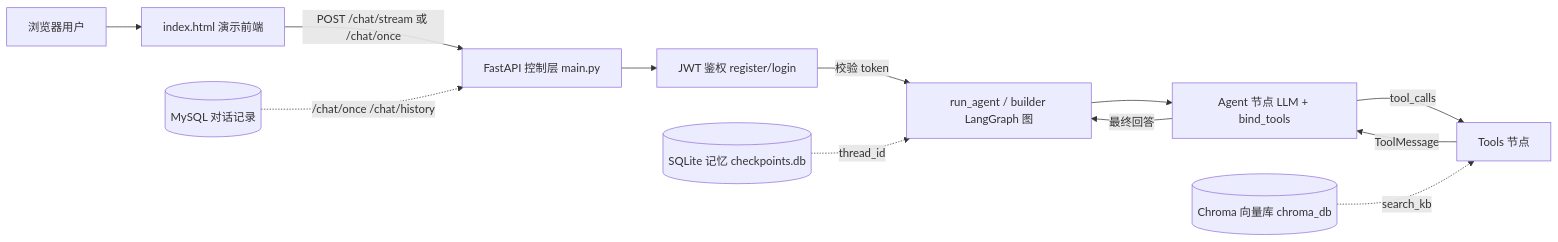
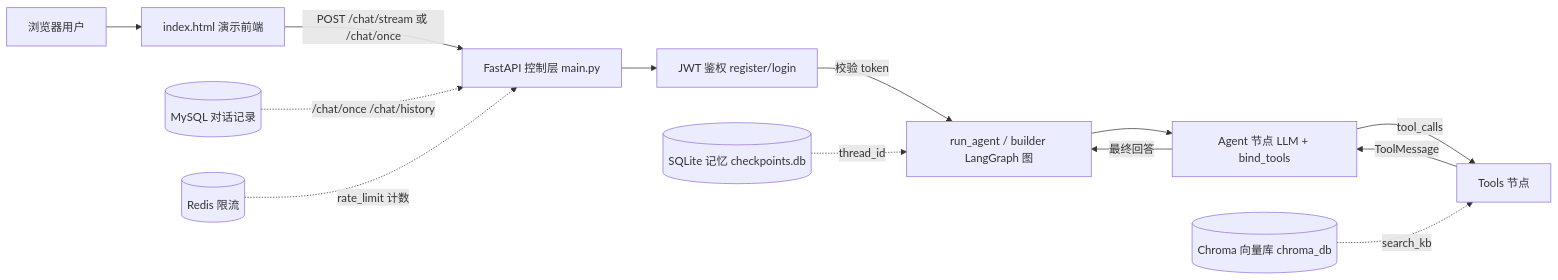
The diagram in README.md (zhouhao1a/langgraph-rag-agent), drawn with Mermaid before and after one commit. The commit also changed other lines of this file and 10 other files, not shown here.

Commit message:
V2.0 Docker化+Redis限流+README同步：Dockerfile/.dockerignore/docker-compose编排(app+MySQL+Redis)、限流   依赖(INCR+EXPIRE固定窗口)、requirements补redis/cryptography、README补V2.0特性与Docker部署

````diff
--- a/README.md
+++ b/README.md
@@ -22,14 +38,15 @@
-```mermaid
-graph LR
-    U[浏览器用户] --> F[index.html 演示前端]
-    F -->|POST /chat/stream 或 /chat/once| API[FastAPI 控制层 main.py]
-    API --> AUTH[JWT 鉴权 register/login]
-    AUTH -->|校验 token| R[run_agent / builder LangGraph 图]
-    R --> A[Agent 节点 LLM + bind_tools]
-    A -->|tool_calls| T[Tools 节点]
-    T -->|ToolMessage| A
-    A -->|最终回答| R
-    KB[(Chroma 向量库 chroma_db)] -.->|search_kb| T
-    DB[(SQLite 记忆 checkpoints.db)] -.->|thread_id| R
-    MY[(MySQL 对话记录)] -.->|/chat/once /chat/history| API
-```
+  ```mermaid
+  graph LR
+      U[浏览器用户] --> F[index.html 演示前端]
+      F -->|POST /chat/stream 或 /chat/once| API[FastAPI 控制层 main.py]
+      API --> AUTH[JWT 鉴权 register/login]
+      AUTH -->|校验 token| R[run_agent / builder LangGraph 图]
+      R --> A[Agent 节点 LLM + bind_tools]
+      A -->|tool_calls| T[Tools 节点]
+      T -->|ToolMessage| A
+      A -->|最终回答| R
+      KB[(Chroma 向量库 chroma_db)] -.->|search_kb| T
+      DB[(SQLite 记忆 checkpoints.db)] -.->|thread_id| R
+      MY[(MySQL 对话记录)] -.->|/chat/once /chat/history| API
+      RD[(Redis 限流)] -.->|rate_limit 计数| API
+  ```
````
